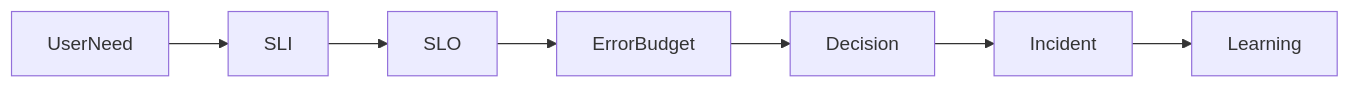
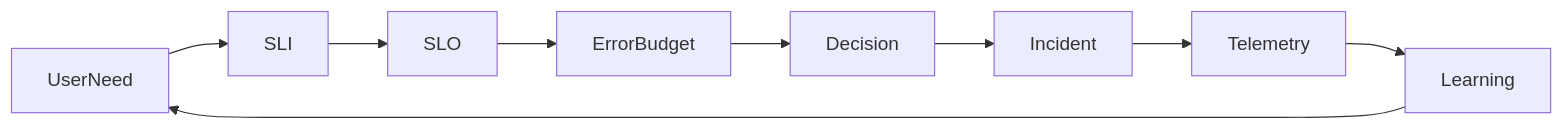
Before and after one commit to flynn3103/engineer-knowledge: the second of 2 diagrams in craftsmanship/on-production/sre-reliability/README.md, drawn with Mermaid. The commit also changed other lines of this file and 40 other files, not shown here.

````diff
--- a/craftsmanship/on-production/sre-reliability/README.md
+++ b/craftsmanship/on-production/sre-reliability/README.md
@@ -10,4 +11,4 @@
 ```mermaid
 flowchart LR
-    UserNeed --> SLI --> SLO --> ErrorBudget --> Decision --> Incident --> Learning
+    UserNeed --> SLI --> SLO --> ErrorBudget --> Decision --> Incident --> Telemetry --> Learning --> UserNeed
 ```
````
